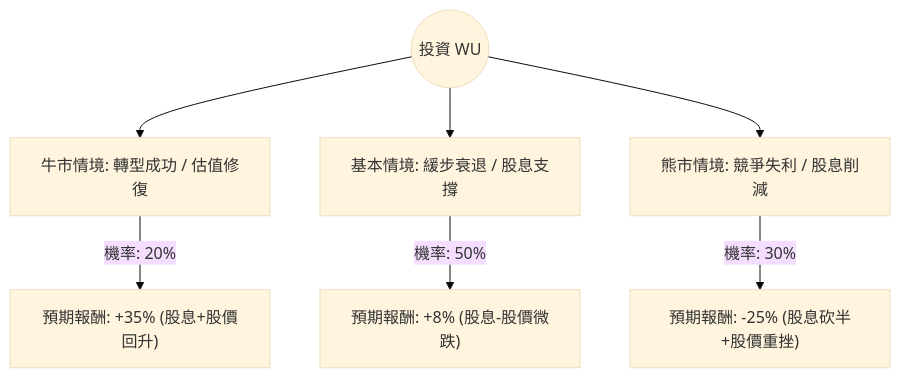
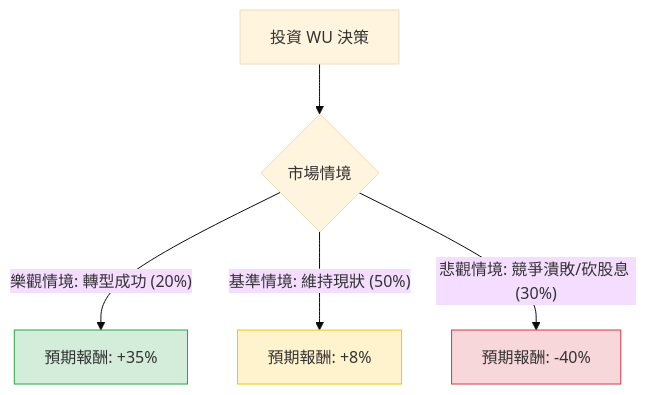
The diagram in plugin-react/ai-analysis/ev-analysis/WU.md (zmcx16/zmcx16.github.io), drawn with Mermaid (base theme) before and after one commit. The commit also changed other lines of this file and 81 other files, not shown here.

````diff
--- a/plugin-react/ai-analysis/ev-analysis/WU.md
+++ b/plugin-react/ai-analysis/ev-analysis/WU.md
@@ -22,10 +20,12 @@
 ```mermaid
 graph TD
-    Start((投資 WU)) --> Bull[牛市情境: 轉型成功 / 估值修復]
-    Start --> Base[基本情境: 緩步衰退 / 股息支撐]
-    Start --> Bear[熊市情境: 競爭失利 / 股息削減]
+    A[投資 WU 決策] --> B{市場情境}
+    
+    B -- 樂觀情境: 轉型成功 (20%) --> C[預期報酬: +35%]
+    B -- 基準情境: 維持現狀 (50%) --> D[預期報酬: +8%]
+    B -- 悲觀情境: 競爭潰敗/砍股息 (30%) --> E[預期報酬: -40%]
 
-    Bull -- "機率: 20%" --> BullVal["預期報酬: +35% (股息+股價回升)"]
-    Base -- "機率: 50%" --> BaseVal["預期報酬: +8% (股息-股價微跌)"]
-    Bear -- "機率: 30%" --> BearVal["預期報酬: -25% (股息砍半+股價重挫)"]
+    style C fill:#d4edda,stroke:#28a745
+    style D fill:#fff3cd,stroke:#ffc107
+    style E fill:#f8d7da,stroke:#dc3545
 ```
````
